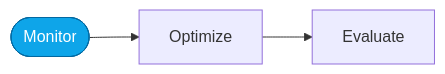
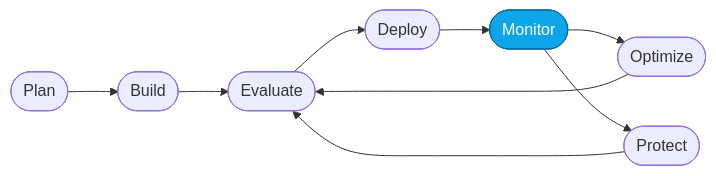
Before and after one commit to microsoft-foundry/agent-optimization-workshop: the diagram in labs/more/troubleshooting.md, drawn with Mermaid. The commit also changed other lines of this file and 17 other files, not shown here.

````diff
--- a/labs/more/troubleshooting.md
+++ b/labs/more/troubleshooting.md
@@ -12,5 +14,7 @@
 ```mermaid
 flowchart LR
-    Monitor([Monitor]):::active --> Optimize --> Evaluate
+    Plan([Plan]) --> Build([Build]) --> Evaluate([Evaluate]) --> Deploy([Deploy]) --> Monitor([Monitor]):::active --> Optimize([Optimize]) --> Evaluate
+    Monitor --> Protect([Protect]) --> Evaluate
+
     classDef active fill:#0ea5e9,stroke:#0369a1,color:#fff;
 ```
````
